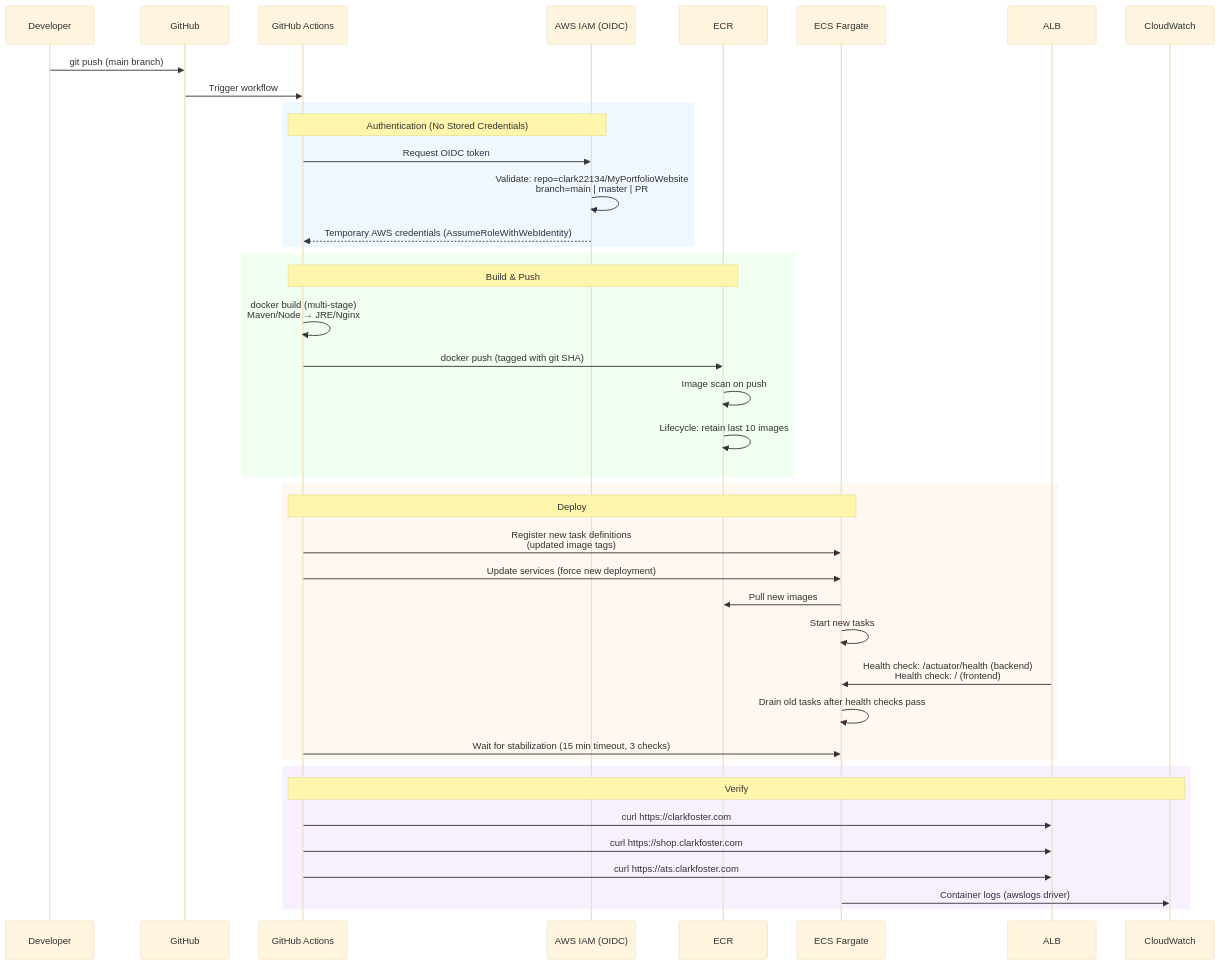
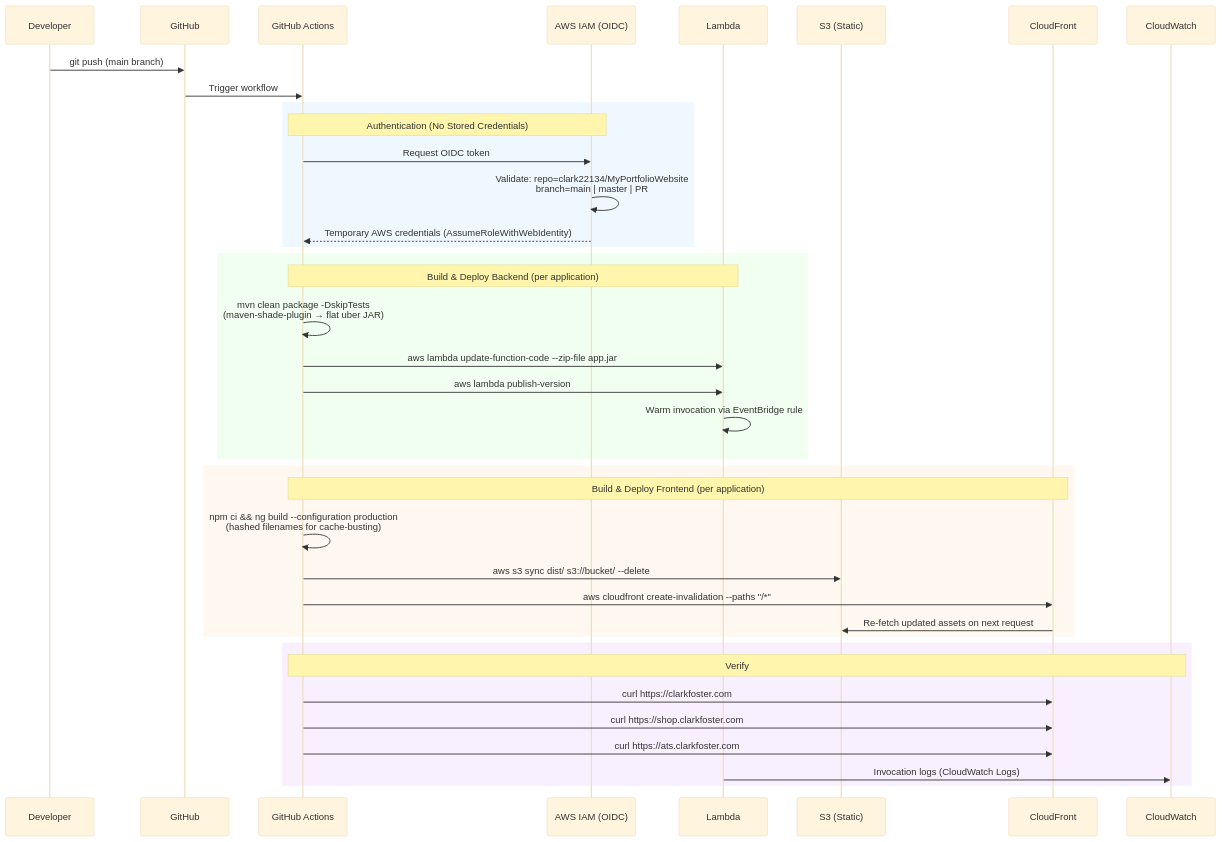
One commit to clark22134/MyPortfolioWebsite changed diagram 12 of 13 in docs/ARCHITECTURE.md. Above: the diagram before and after it, drawn with Mermaid (base theme). The commit also changed other lines of this file and 96 other files, not shown here.

````diff
--- a/docs/ARCHITECTURE.md
+++ b/docs/ARCHITECTURE.md
@@ -679,48 +676,45 @@
 ```mermaid
 sequenceDiagram
     participant Dev as Developer
     participant GH as GitHub
     participant GHA as GitHub Actions
     participant IAM as AWS IAM (OIDC)
-    participant ECR as ECR
-    participant ECS as ECS Fargate
-    participant ALB as ALB
+    participant L as Lambda
+    participant S3 as S3 (Static)
+    participant CF as CloudFront
     participant CW as CloudWatch
 
     Dev->>GH: git push (main branch)
     GH->>GHA: Trigger workflow
 
     rect rgb(240, 248, 255)
         Note over GHA,IAM: Authentication (No Stored Credentials)
         GHA->>IAM: Request OIDC token
         IAM->>IAM: Validate: repo=clark22134/MyPortfolioWebsite<br/>branch=main | master | PR
         IAM-->>GHA: Temporary AWS credentials (AssumeRoleWithWebIdentity)
     end
 
     rect rgb(240, 255, 240)
-        Note over GHA,ECR: Build & Push
-        GHA->>GHA: docker build (multi-stage)<br/>Maven/Node → JRE/Nginx
-        GHA->>ECR: docker push (tagged with git SHA)
-        ECR->>ECR: Image scan on push
-        ECR->>ECR: Lifecycle: retain last 10 images
+        Note over GHA,L: Build & Deploy Backend (per application)
+        GHA->>GHA: mvn clean package -DskipTests<br/>(maven-shade-plugin → flat uber JAR)
+        GHA->>L: aws lambda update-function-code --zip-file app.jar
+        GHA->>L: aws lambda publish-version
+        L->>L: Warm invocation via EventBridge rule
     end
 
     rect rgb(255, 248, 240)
-        Note over GHA,ECS: Deploy
-        GHA->>ECS: Register new task definitions<br/>(updated image tags)
-        GHA->>ECS: Update services (force new deployment)
-        ECS->>ECR: Pull new images
-        ECS->>ECS: Start new tasks
-        ALB->>ECS: Health check: /actuator/health (backend)<br/>Health check: / (frontend)
-        ECS->>ECS: Drain old tasks after health checks pass
-        GHA->>ECS: Wait for stabilization (15 min timeout, 3 checks)
+        Note over GHA,CF: Build & Deploy Frontend (per application)
+        GHA->>GHA: npm ci && ng build --configuration production<br/>(hashed filenames for cache-busting)
+        GHA->>S3: aws s3 sync dist/ s3://bucket/ --delete
+        GHA->>CF: aws cloudfront create-invalidation --paths "/*"
+        CF->>S3: Re-fetch updated assets on next request
     end
 
     rect rgb(248, 240, 255)
         Note over GHA,CW: Verify
-        GHA->>ALB: curl https://clarkfoster.com
-        GHA->>ALB: curl https://shop.clarkfoster.com
-        GHA->>ALB: curl https://ats.clarkfoster.com
-        ECS->>CW: Container logs (awslogs driver)
+        GHA->>CF: curl https://clarkfoster.com
+        GHA->>CF: curl https://shop.clarkfoster.com
+        GHA->>CF: curl https://ats.clarkfoster.com
+        L->>CW: Invocation logs (CloudWatch Logs)
     end
 ```
````
